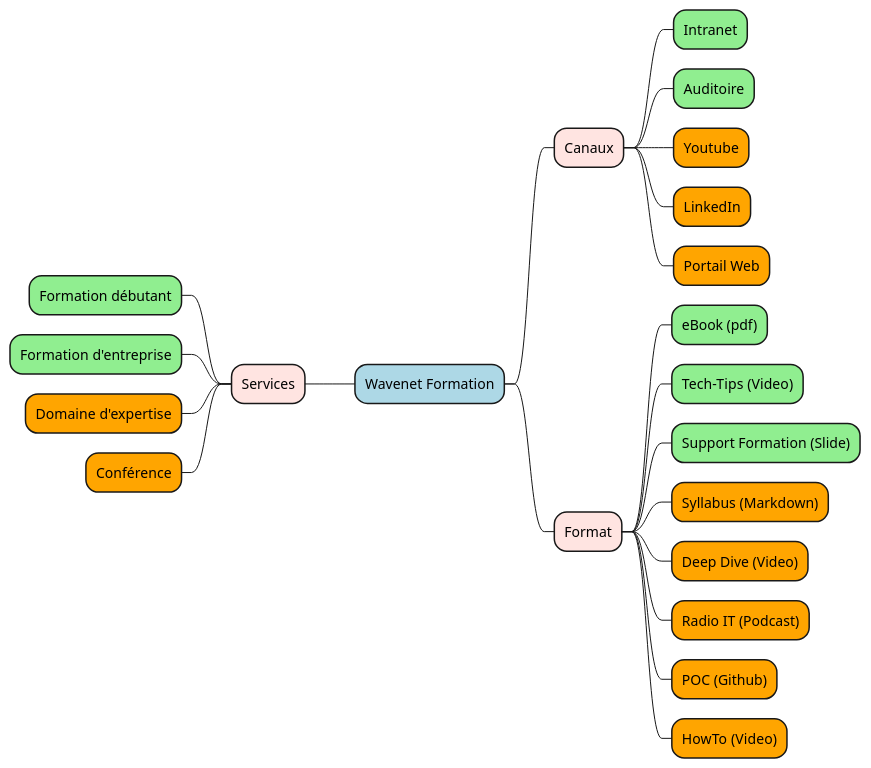
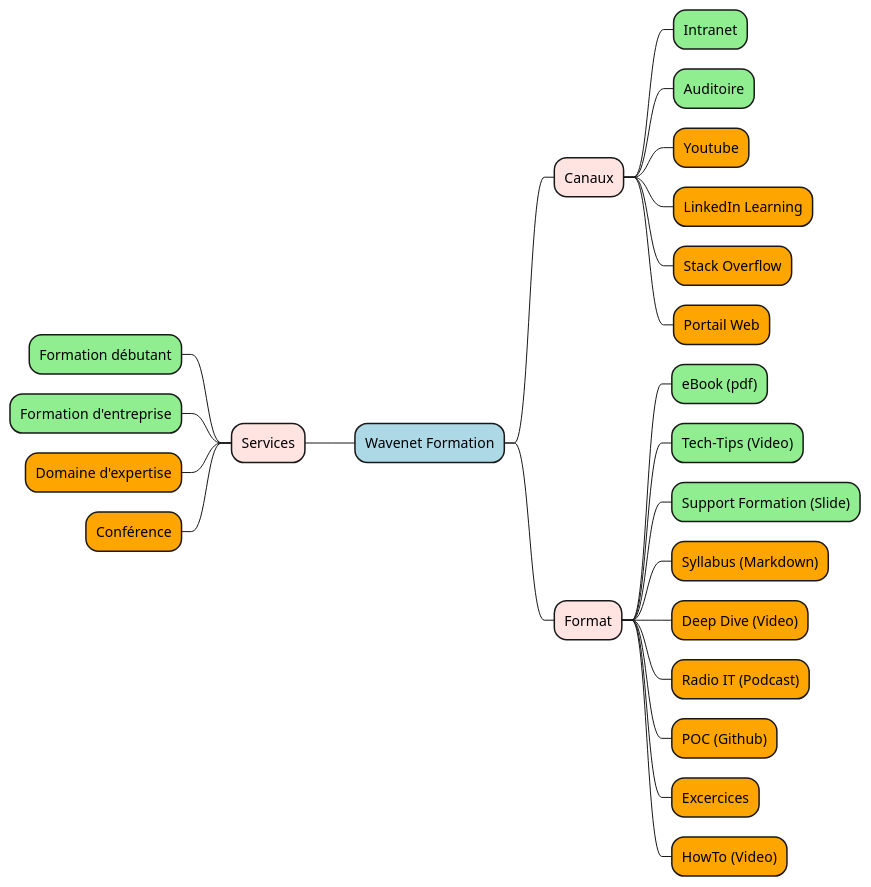
The diagram in diagram/formation.puml (diplomegalo/roadmap), drawn with PlantUML before and after one commit. The commit also changed 4 other files, not shown here.

Commit message:
Add Schema stitching article

```diff
--- a/diagram/formation.puml
+++ b/diagram/formation.puml
@@ -1,23 +1,25 @@
 @startmindmap
 *[#LightBlue] Wavenet Formation
 --[#MistyRose] Services
 ---[#Lightgreen] Formation débutant
 ---[#Lightgreen] Formation d'entreprise
 ---[#Orange] Domaine d'expertise
 ---[#Orange] Conférence
 **[#MistyRose] Canaux
 ***[#Lightgreen] Intranet
 ***[#Lightgreen] Auditoire
 ***[#Orange] Youtube
-***[#Orange] LinkedIn
+***[#Orange] LinkedIn Learning
+***[#Orange] Stack Overflow
 ***[#Orange] Portail Web
 **[#MistyRose] Format
 ***[#Lightgreen] eBook (pdf)
 ***[#Lightgreen] Tech-Tips (Video)
 ***[#Lightgreen] Support Formation (Slide)
 ***[#Orange] Syllabus (Markdown)
 ***[#Orange] Deep Dive (Video)
 ***[#Orange] Radio IT (Podcast)
 ***[#Orange] POC (Github)
+***[#Orange] Excercices
 ***[#Orange] HowTo (Video)
 @endmindmap
```
